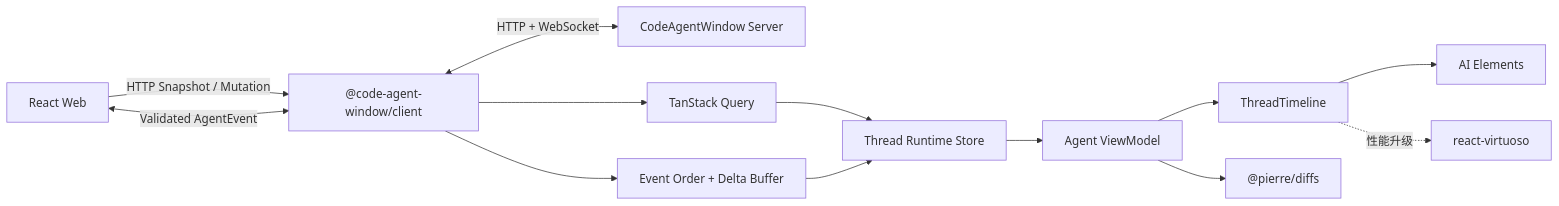
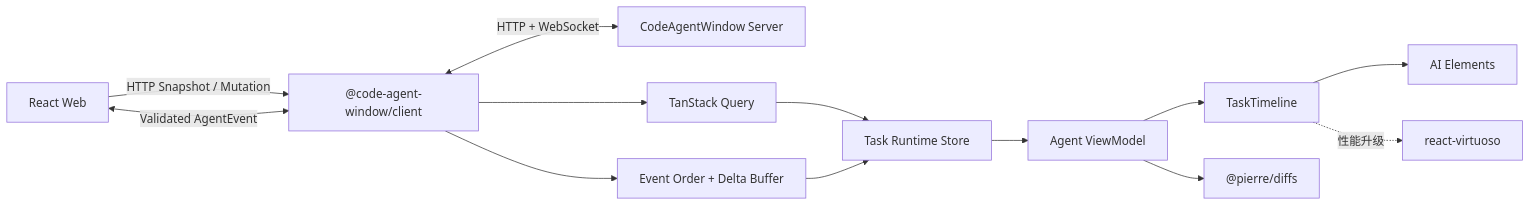
The first of 2 diagrams in docs/web-design.md (BryanHoo/CodeAgent), drawn with Mermaid before and after one commit. The commit also changed other lines of this file and 39 other files, not shown here.

````diff
--- a/docs/web-design.md
+++ b/docs/web-design.md
@@ -97,17 +97,17 @@
 ```mermaid
 flowchart LR
     Browser["React Web"] -->|"HTTP Snapshot / Mutation"| Client["@code-agent-window/client"]
     Browser <-->|"Validated AgentEvent"| Client
     Client <-->|"HTTP + WebSocket"| Server["CodeAgentWindow Server"]
 
-    Query["TanStack Query"] --> Runtime["Thread Runtime Store"]
+    Query["TanStack Query"] --> Runtime["Task Runtime Store"]
     Client --> Query
     Client --> Buffer["Event Order + Delta Buffer"]
     Buffer --> Runtime
 
     Runtime --> VM["Agent ViewModel"]
-    VM --> Timeline["ThreadTimeline"]
+    VM --> Timeline["TaskTimeline"]
     Timeline --> Elements["AI Elements"]
     Timeline -. "性能升级" .-> Virtuoso["react-virtuoso"]
     VM --> Diff["@pierre/diffs"]
 ```
````
